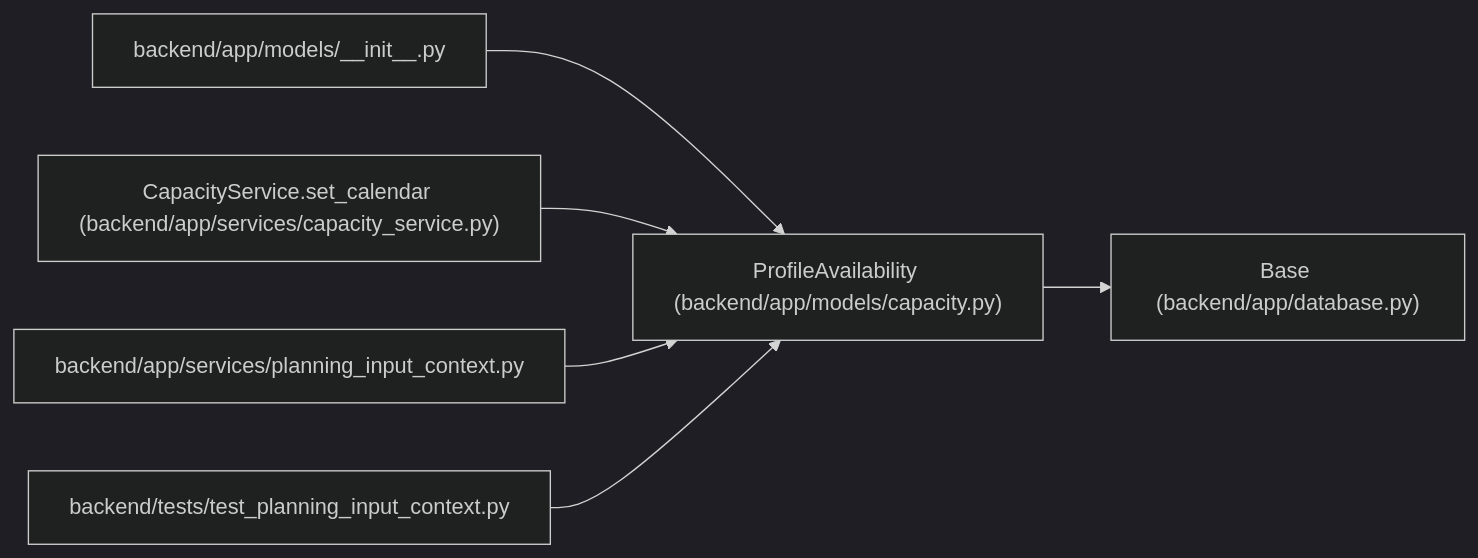
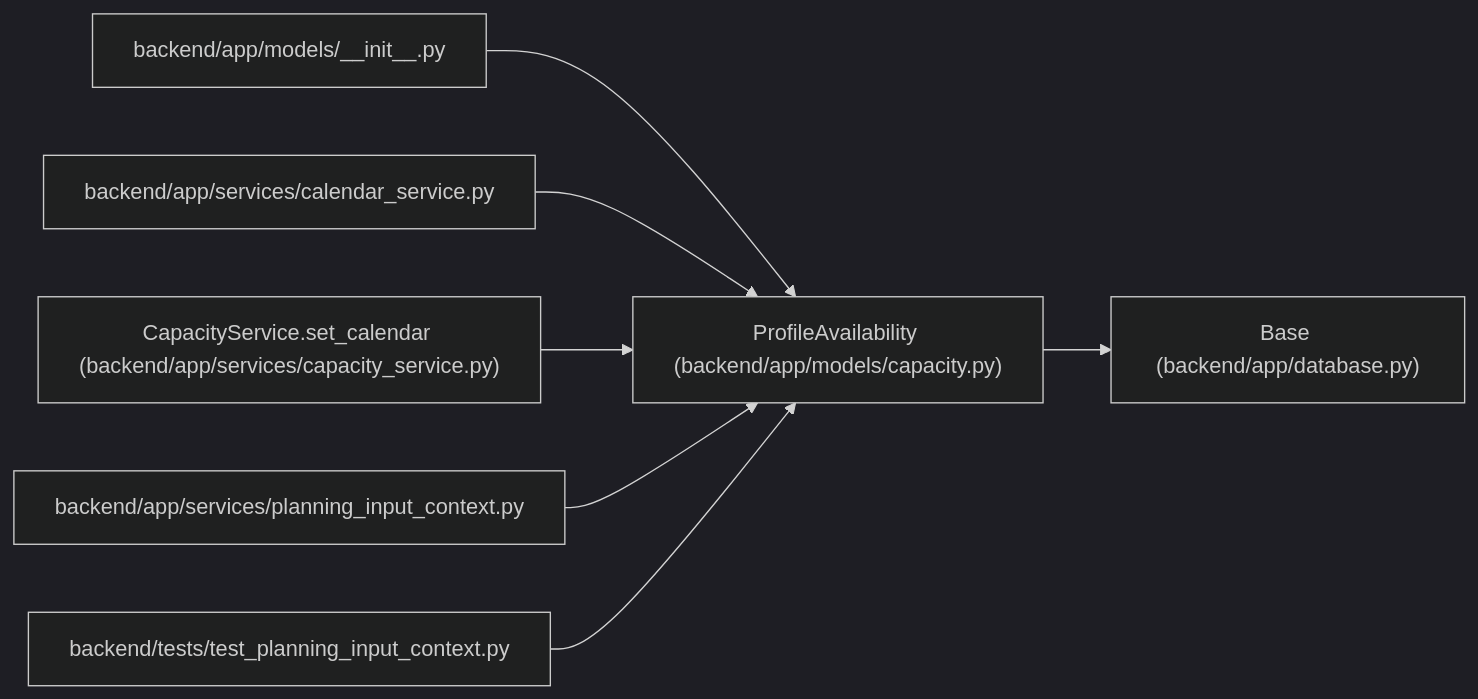
One commit to Denissvgn/WorkChord changed the diagram in docs/llm_wiki/entities/ProfileAvailability.md. Above: the diagram before and after it, drawn with Mermaid (dark theme). The commit also changed other lines of this file and 25171 other files, not shown here.

````diff
--- a/docs/llm_wiki/entities/ProfileAvailability.md
+++ b/docs/llm_wiki/entities/ProfileAvailability.md
@@ -29,20 +29,23 @@
 ```mermaid
 flowchart LR
     n0["ProfileAvailability (backend/app/models/capacity.py)"]
     n1["Base (backend/app/database.py)"]
     n2["backend/app/models/__init__.py"]
-    n3["CapacityService.set_calendar (backend/app/services/capacity_service.py)"]
-    n4["backend/app/services/planning_input_context.py"]
-    n5["backend/tests/test_planning_input_context.py"]
+    n3["backend/app/services/calendar_service.py"]
+    n4["CapacityService.set_calendar (backend/app/services/capacity_service.py)"]
+    n5["backend/app/services/planning_input_context.py"]
+    n6["backend/tests/test_planning_input_context.py"]
     n0 --> n1
     n2 --> n0
     n3 --> n0
     n4 --> n0
     n5 --> n0
+    n6 --> n0
     click n0 "../modules/models_capacity.md"
     click n1 "../modules/app_database.md"
     click n2 "../modules/models___init__.md"
-    click n3 "../modules/capacity_service.md"
-    click n4 "../modules/planning_input_context.md"
-    click n5 "../modules/test_planning_input_context.md"
+    click n3 "../modules/calendar_service.md"
+    click n4 "../modules/capacity_service.md"
+    click n5 "../modules/planning_input_context.md"
+    click n6 "../modules/test_planning_input_context.md"
 ```
````
